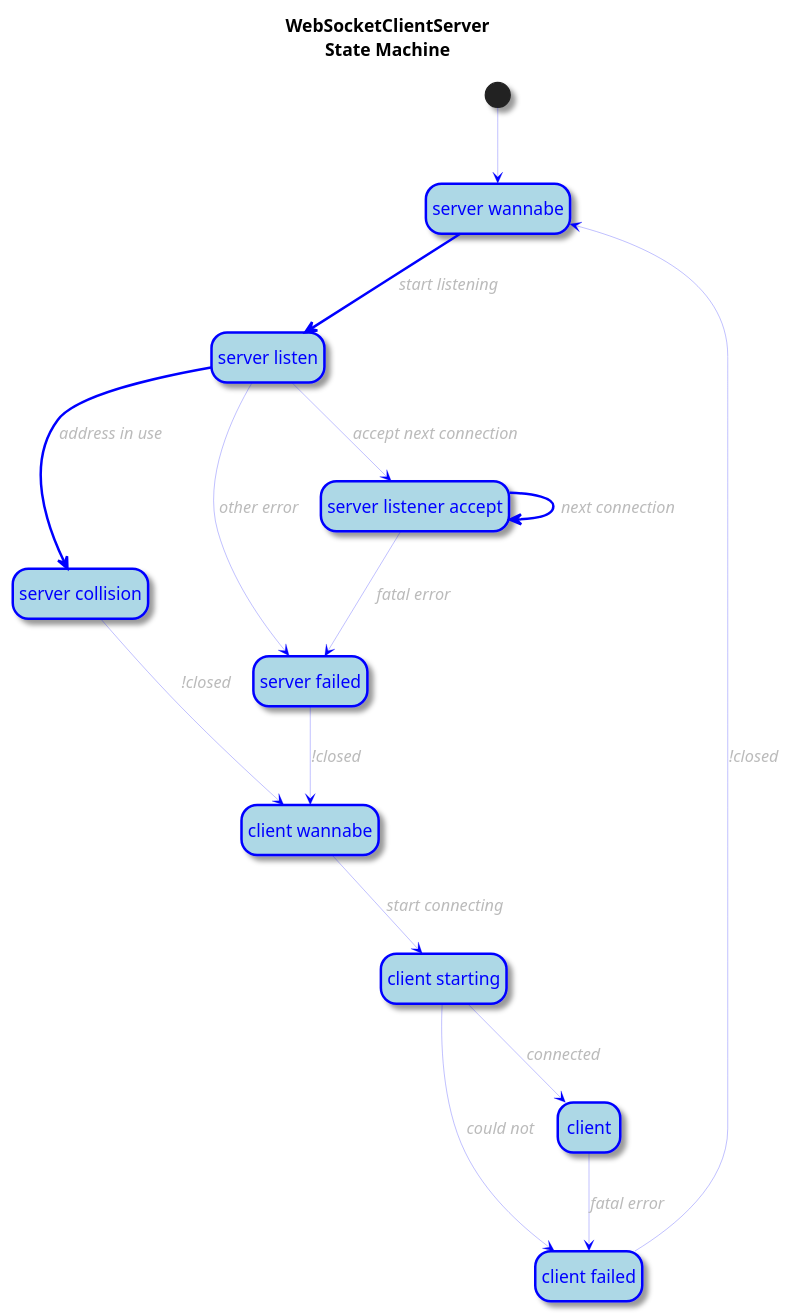
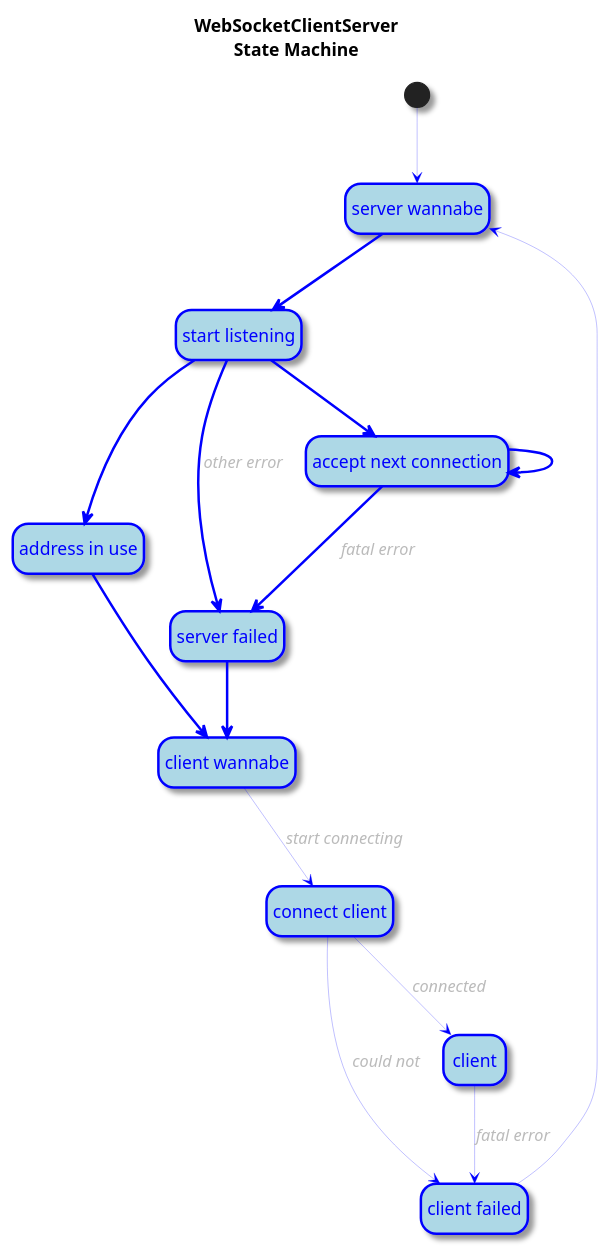
Before and after one commit to hugojosefson/deno-websocket-broadcastchannel: the diagram in src/client-server-state.puml, drawn with PlantUML. The commit also changed 2 other files, not shown here.

```diff
--- a/src/client-server-state.puml
+++ b/src/client-server-state.puml
@@ -1,36 +1,36 @@
 @startuml
 hide empty description
 skinparam shadowing true
 skinparam ArrowFontColor #bbb
 skinparam ArrowFontStyle italic
 skinparam ArrowColor blue
 skinparam ArrowThickness 0.2
 skinparam StateFontColor blue
 skinparam StateBackgroundColor lightblue
 skinparam StateBorderColor blue
 skinparam StateBorderThickness 2
 title "WebSocketClientServer\nState Machine"
 state "server wannabe" as server_wannabe
-state "server listen" as server_listen
-state "server listener accept" as server_listener_accept
-state "server collision" as server_collision
+state "start listening" as start_listening
+state "accept next connection" as accept_next_connection
+state "address in use" as address_in_use
 state "server failed" as server_failed
 state "client wannabe" as client_wannabe
-state "client starting" as client_starting
+state "connect client" as connect_client
 state "client" as client
 state "client failed" as client_failed
 [*] --> server_wannabe
-server_wannabe -[thickness=2]-> server_listen: start listening
-server_listen -[thickness=2]-> server_collision: address in use
-server_listen --> server_listener_accept: accept next connection
-server_listen --> server_failed: other error
-server_listener_accept -[thickness=2]-> server_listener_accept: next connection
-server_listener_accept --> server_failed: fatal error
-server_collision --> client_wannabe: !closed
-server_failed --> client_wannabe: !closed
-client_wannabe --> client_starting: start connecting
-client_starting --> client: connected
-client_starting --> client_failed: could not
+server_wannabe -[thickness=2]-> start_listening
+start_listening -[thickness=2]-> address_in_use
+start_listening -[thickness=2]-> accept_next_connection
+start_listening -[thickness=2]-> server_failed: other error
+accept_next_connection -[thickness=2]-> accept_next_connection
+accept_next_connection -[thickness=2]-> server_failed: fatal error
+address_in_use -[thickness=2]-> client_wannabe
+server_failed -[thickness=2]-> client_wannabe
+client_wannabe --> connect_client: start connecting
+connect_client --> client: connected
+connect_client --> client_failed: could not
 client --> client_failed: fatal error
-client_failed --> server_wannabe: !closed
+client_failed --> server_wannabe
 @enduml
```
